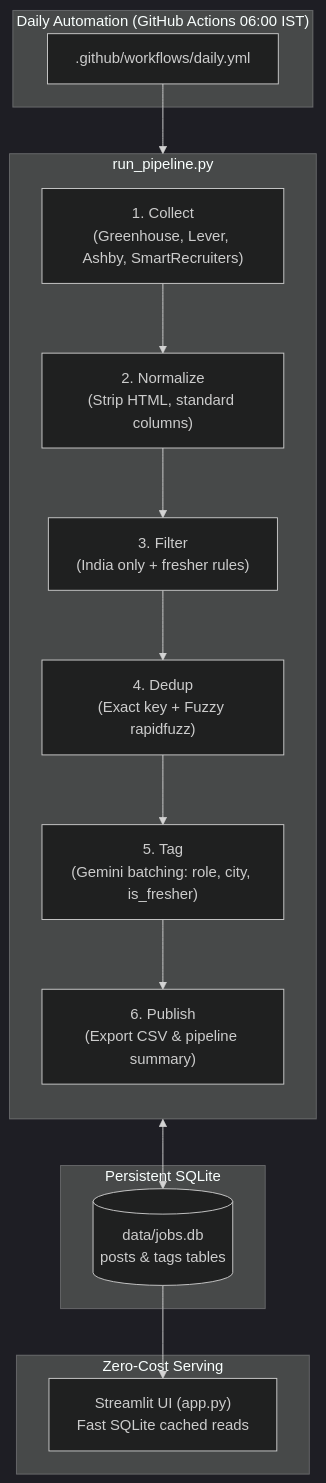
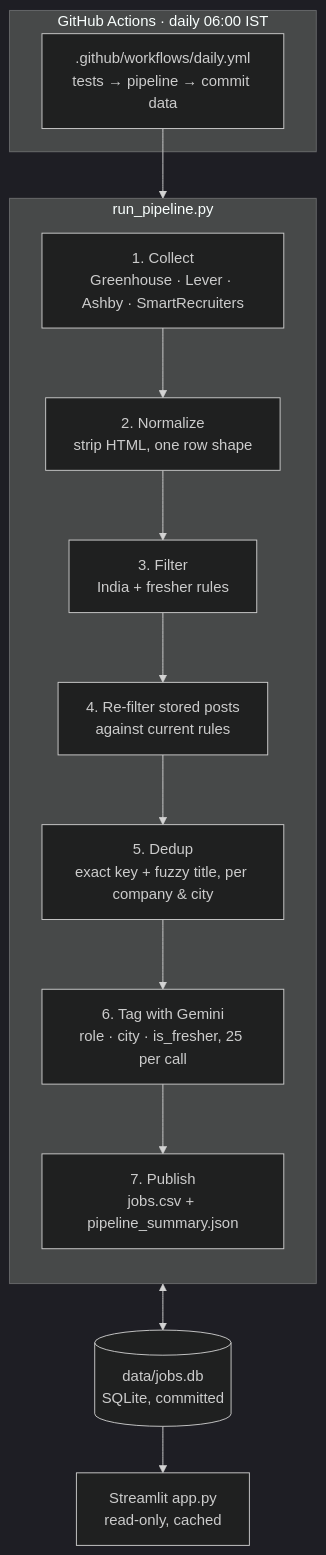
The diagram in README.md (RxjxtNN/Job_Radar), drawn with Mermaid (dark theme) before and after one commit. The commit also changed other lines of this file and 3 other files, not shown here.

````diff
--- a/README.md
+++ b/README.md
@@ -38,27 +70,23 @@
 ```mermaid
 flowchart TD
-    subgraph Cron["Daily Automation (GitHub Actions 06:00 IST)"]
-        GHA[".github/workflows/daily.yml"]
+    subgraph Cron["GitHub Actions · daily 06:00 IST"]
+        GHA[".github/workflows/daily.yml<br/>tests → pipeline → commit data"]
     end
 
     subgraph Pipeline["run_pipeline.py"]
         direction TB
-        C["1. Collect<br/>(Greenhouse, Lever, Ashby, SmartRecruiters)"] --> N["2. Normalize<br/>(Strip HTML, standard columns)"]
-        N --> F["3. Filter<br/>(India only + fresher rules)"]
-        F --> D["4. Dedup<br/>(Exact key + Fuzzy rapidfuzz)"]
-        D --> T["5. Tag<br/>(Gemini batching: role, city, is_fresher)"]
-        T --> P["6. Publish<br/>(Export CSV & pipeline summary)"]
+        C["1. Collect<br/>Greenhouse · Lever · Ashby · SmartRecruiters"] --> N["2. Normalize<br/>strip HTML, one row shape"]
+        N --> F["3. Filter<br/>India + fresher rules"]
+        F --> R["4. Re-filter stored posts<br/>against current rules"]
+        R --> D["5. Dedup<br/>exact key + fuzzy title, per company & city"]
+        D --> T["6. Tag with Gemini<br/>role · city · is_fresher, 25 per call"]
+        T --> P["7. Publish<br/>jobs.csv + pipeline_summary.json"]
     end
 
-    subgraph Storage["Persistent SQLite"]
-        DB[("data/jobs.db<br/>posts & tags tables")]
-    end
-
-    subgraph Presentation["Zero-Cost Serving"]
-        ST["Streamlit UI (app.py)<br/>Fast SQLite cached reads"]
-    end
+    DB[("data/jobs.db<br/>SQLite, committed")]
+    ST["Streamlit app.py<br/>read-only, cached"]
 
     GHA --> Pipeline
     Pipeline <--> DB
     DB --> ST
 ```
````
